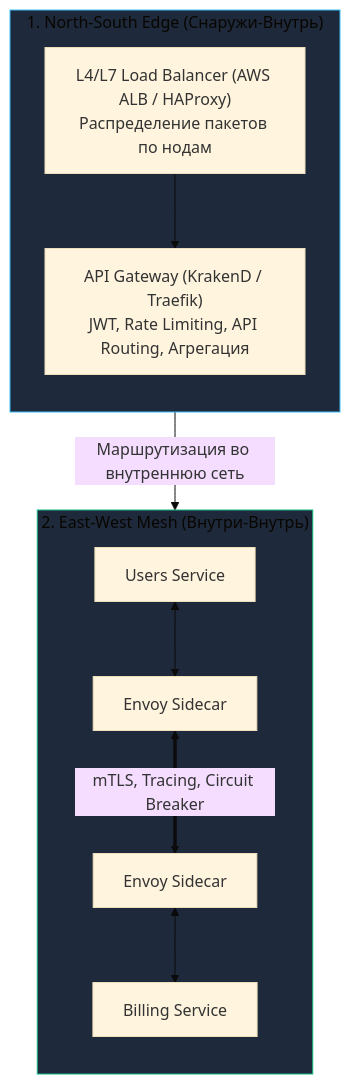
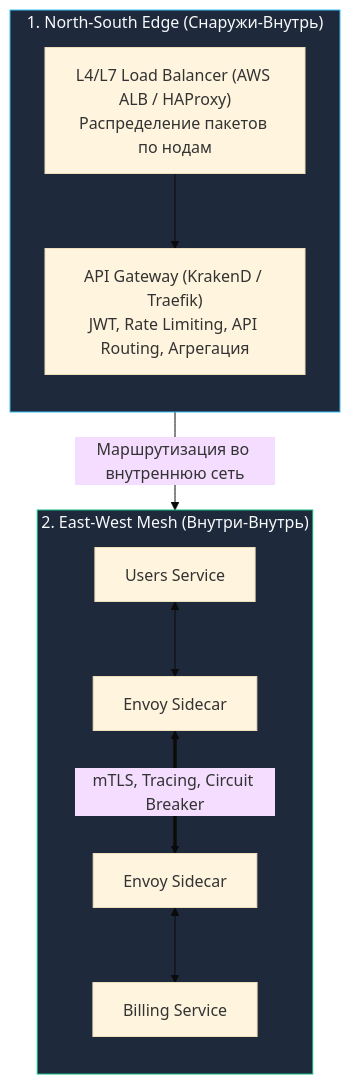
Before and after one commit to UnrealTemplier/go-textbook: the second of 2 diagrams in sources/10. Проектирование API и Сетевые протоколы/25. API Gateway.md, drawn with Mermaid (base theme). The commit also changed other lines of this file and 310 other files, not shown here.

First line of the commit message:
fix(mermaid): replace light fill colors with dark palette for readability on dark theme

````diff
--- a/sources/10. Проектирование API и Сетевые протоколы/25. API Gateway.md
+++ b/sources/10. Проектирование API и Сетевые протоколы/25. API Gateway.md
@@ -252,21 +252,21 @@
 ```mermaid
 flowchart TD
     subgraph Ingress ["1. North-South Edge (Снаружи-Внутрь)"]
         direction TB
         LB["L4/L7 Load Balancer (AWS ALB / HAProxy)<br>Распределение пакетов по нодам"]
         GW["API Gateway (KrakenD / Traefik)<br>JWT, Rate Limiting, API Routing, Агрегация"]
         LB --> GW
     end
 
     subgraph Mesh ["2. East-West Mesh (Внутри-Внутрь)"]
         direction TB
         S1["Users Service"] <--> Sidecar1["Envoy Sidecar"]
         Sidecar1 <== "mTLS, Tracing, Circuit Breaker" ==> Sidecar2["Envoy Sidecar"]
         Sidecar2 <--> S2["Billing Service"]
     end
 
     GW -->|"Маршрутизация во внутреннюю сеть"| Sidecar1
 
-    style Ingress fill:#1e293b,stroke:#38bdf8,stroke-width:1px
-    style Mesh fill:#1e293b,stroke:#10b981,stroke-width:1px
+    style Ingress fill:#1e293b,stroke:#38bdf8,stroke-width:1px,color:#f8fafc
+    style Mesh fill:#1e293b,stroke:#10b981,stroke-width:1px,color:#f8fafc
 ```
````
